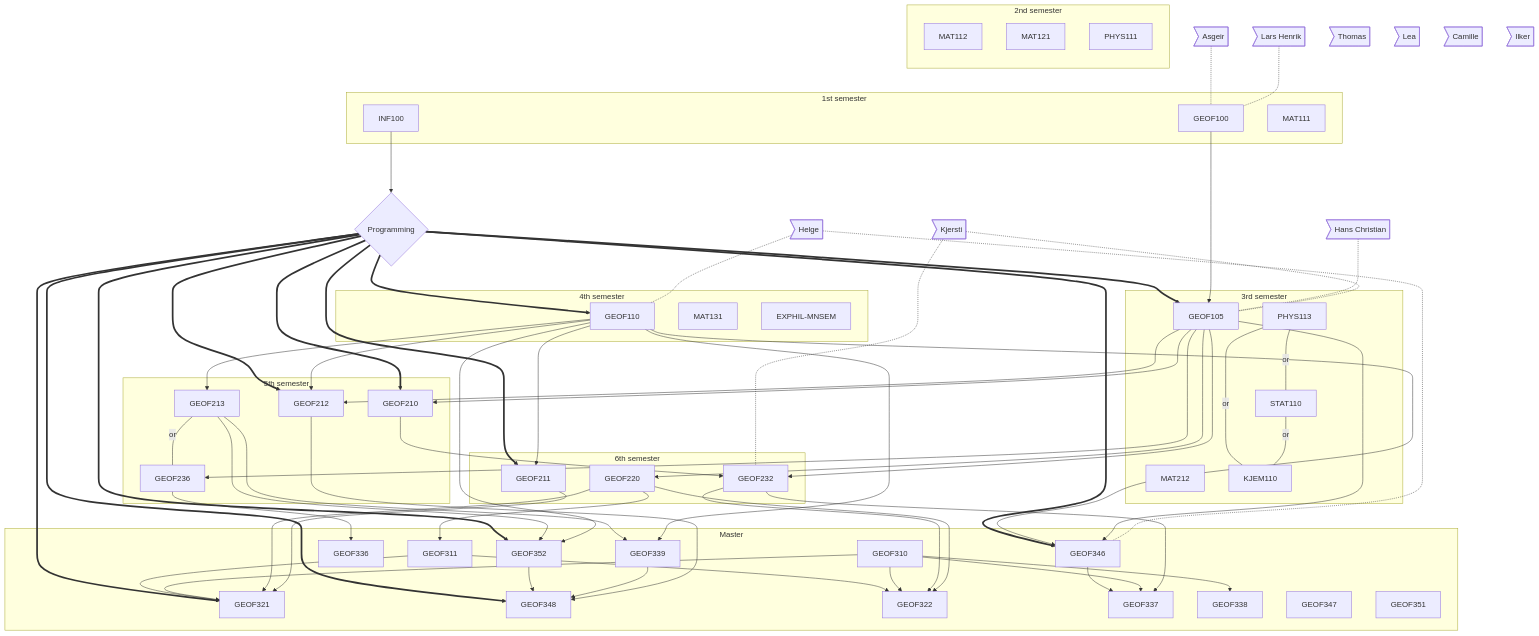
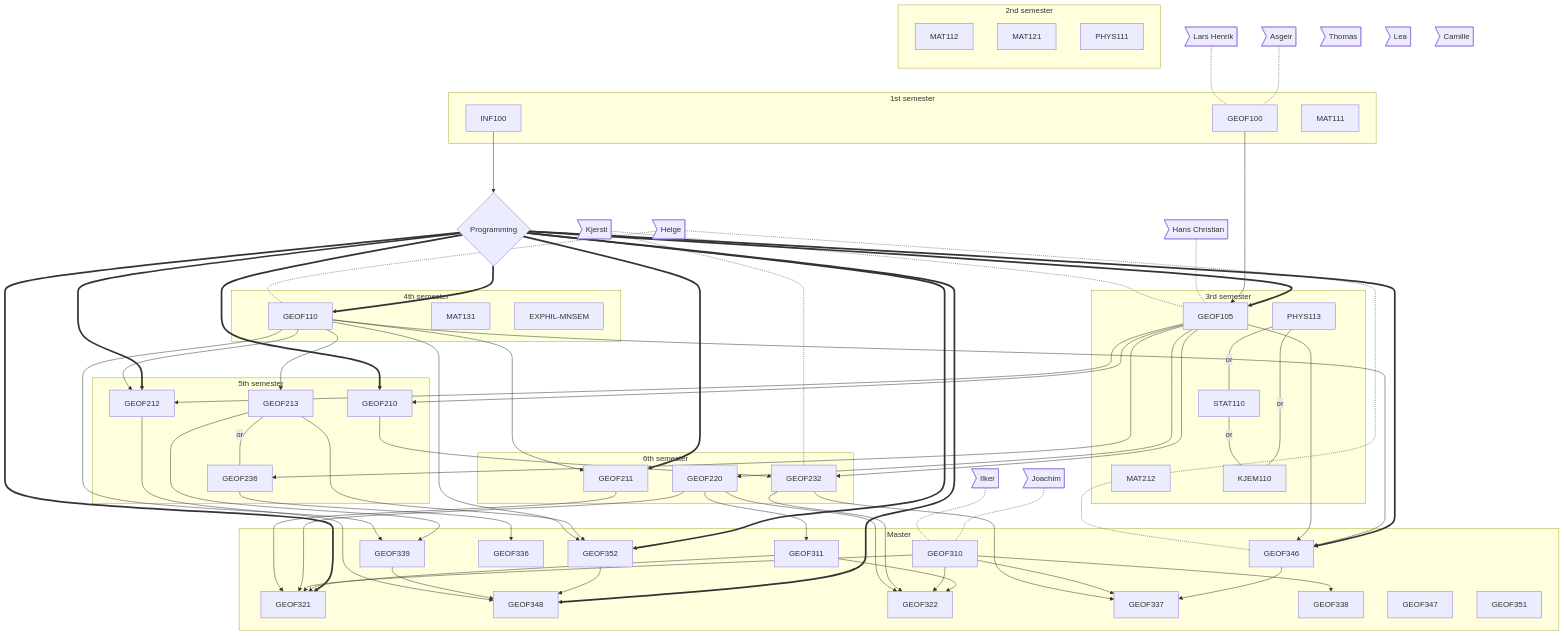
One commit to julienweihs/GEOF changed the diagram in README.md. Above: the diagram before and after it, drawn with Mermaid.

```diff
--- a/README.md
+++ b/README.md
@@ -22,7 +22,9 @@
     
     Ca>Camille]
     
-    Il>Ilker]
+    Il>Ilker] -.- GEOF310
+    
+    Jo>Joachim] -.- GEOF310
 
     PROG{Programming}
 
```
